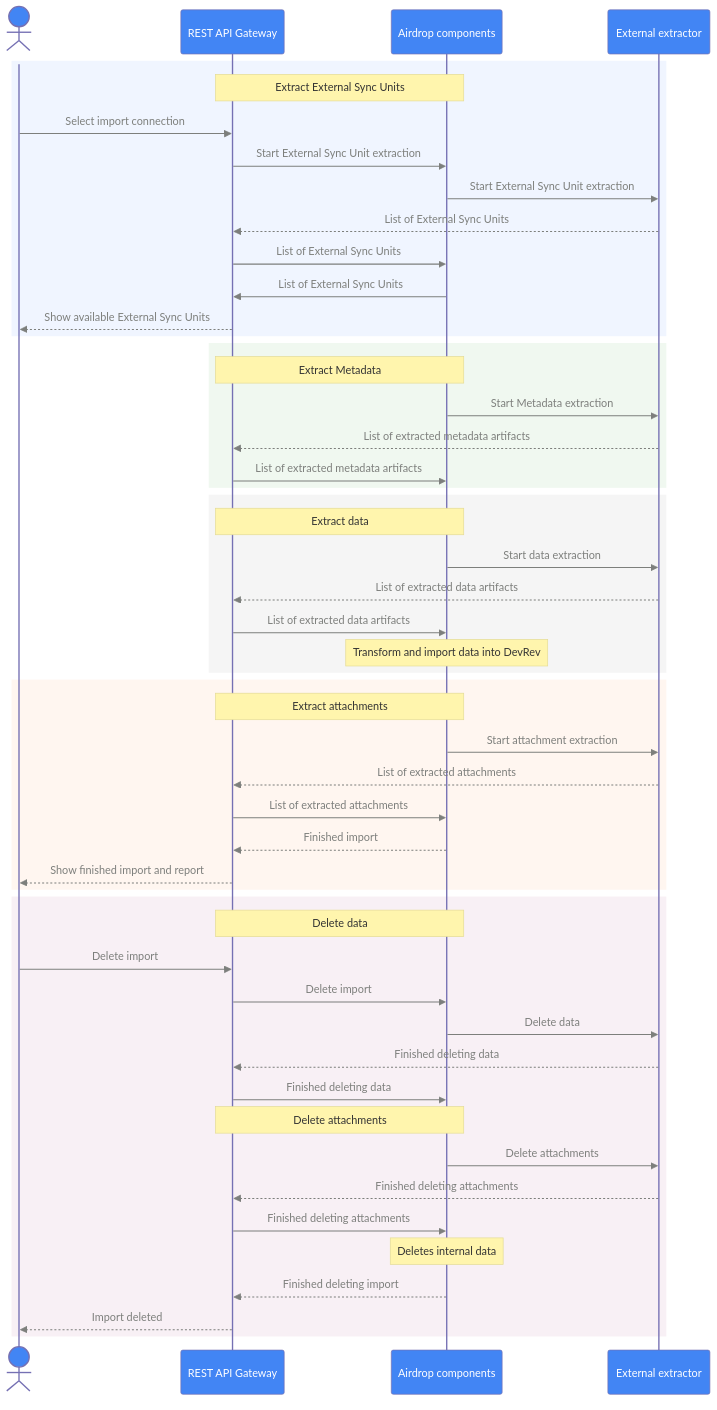
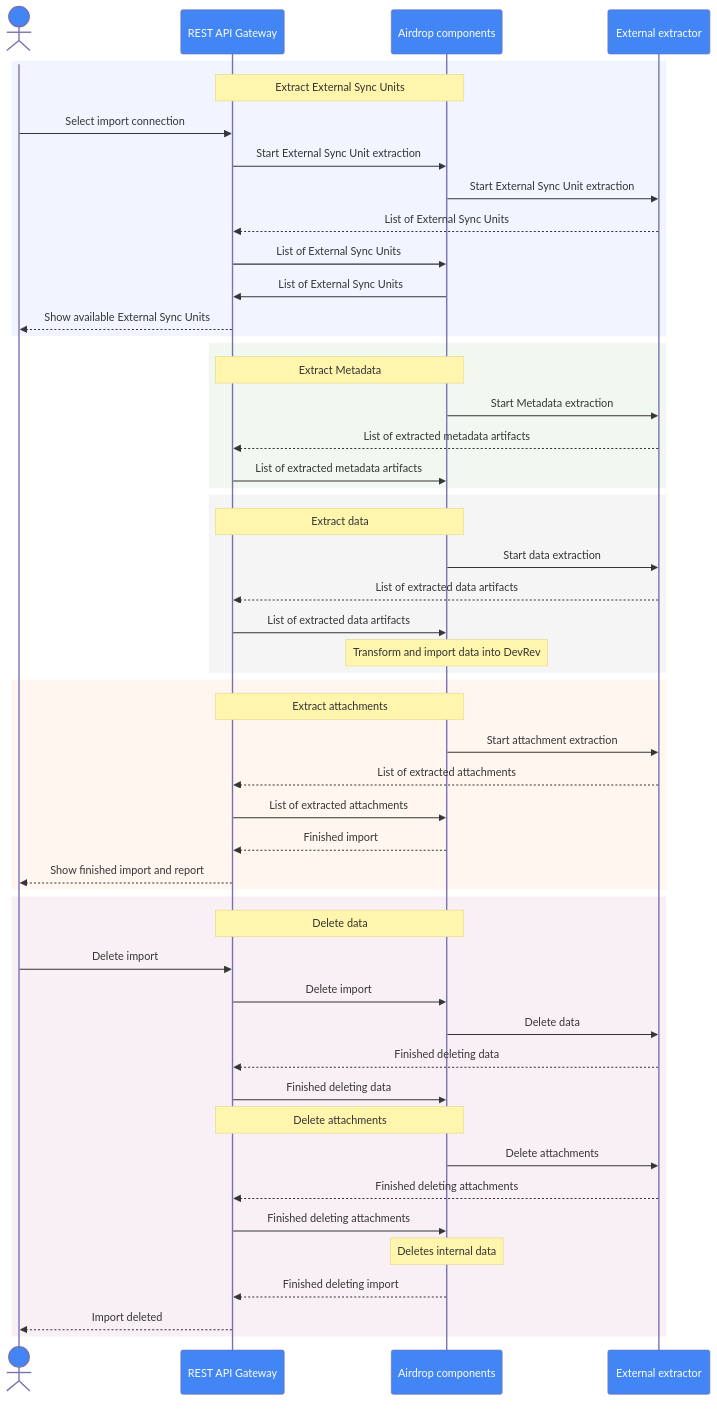
One commit to devrev/fern-api-docs changed the diagram in fern/docs/pages/airdrop/extraction-phases.mdx. Above: the diagram before and after it, drawn with Mermaid.

Commit message:
Adjust colors

````diff
--- a/fern/docs/pages/airdrop/extraction-phases.mdx
+++ b/fern/docs/pages/airdrop/extraction-phases.mdx
@@ -10,74 +10,74 @@
 ```mermaid
 sequenceDiagram
 %%{init: {
     'theme': 'base',
     'themeVariables': {
         'fontFamily': 'Segoe UI',
         'primaryColor': '#4285F4',
         'primaryTextColor': '#fff',
         'primaryBorderColor': '#7570b3',
-        'lineColor': '#555',
+        'lineColor': '#363535',
         'secondaryColor': '#f8f8f8',
         'tertiaryColor': '#f4f4f4',
-        'signalColor': '#7d7f7c',
-        'signalTextColor': '#7d7f7c'
+        'signalColor': '#363535',
+        'signalTextColor': '#363535'
 }}}%%
   actor user as User
   participant gw as REST API Gateway
   participant ad as Airdrop components
   participant ee as External extractor
 
   rect rgb(240, 245, 255)
   note over gw,ad: Extract External Sync Units
 	user ->> gw: Select import connection
 	gw ->> ad: Start External Sync Unit extraction
 	ad ->> ee: Start External Sync Unit extraction
 	ee -->> gw: List of External Sync Units
 	gw ->> ad: List of External Sync Units
 	ad ->> gw: List of External Sync Units
 	gw -->> user: Show available External Sync Units
   end
 
   rect rgb(240, 248, 240)
 	note over gw,ad: Extract Metadata
 	ad ->> ee: Start Metadata extraction
 	ee -->> gw: List of extracted metadata artifacts
 	gw ->> ad: List of extracted metadata artifacts
   end
 
   rect rgb(245, 245, 245)
 	note over gw,ad: Extract data
 	ad ->> ee: Start data extraction
 	ee -->> gw: List of extracted data artifacts
 	gw ->> ad: List of extracted data artifacts
 
 	note over ad: Transform and import data into DevRev
   end
 
   rect rgb(255, 246, 240)
 	note over gw,ad: Extract attachments
 	ad ->> ee: Start attachment extraction
 	ee -->> gw: List of extracted attachments
 	gw ->> ad: List of extracted attachments
 
 	ad -->> gw: Finished import
 	gw -->> user: Show finished import and report
   end
 
   rect rgb(248, 240, 245)
 	note over gw,ad: Delete data
 	user ->> gw: Delete import
 	gw ->> ad: Delete import
 	ad ->> ee: Delete data
 	ee -->> gw: Finished deleting data
 	gw ->> ad: Finished deleting data
 
 	note over gw,ad: Delete attachments
 	ad ->> ee: Delete attachments
 	ee -->> gw: Finished deleting attachments
 	gw ->> ad: Finished deleting attachments
 	note over ad: Deletes internal data
 	ad -->> gw: Finished deleting import
 	gw -->> user: Import deleted
   end
 ```
````
